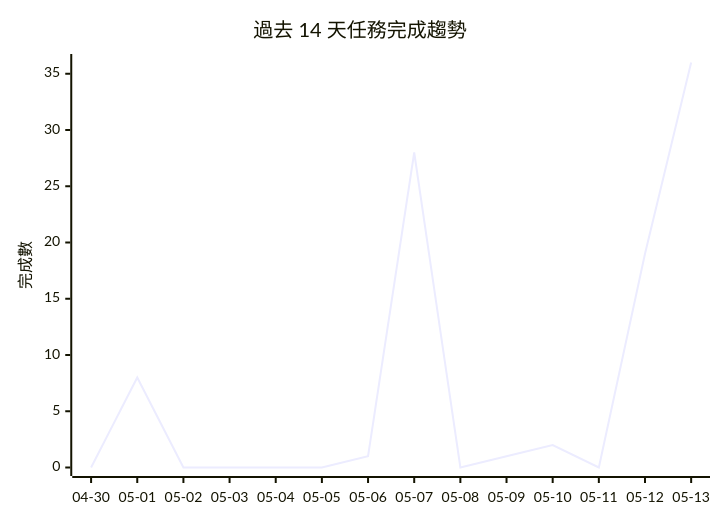
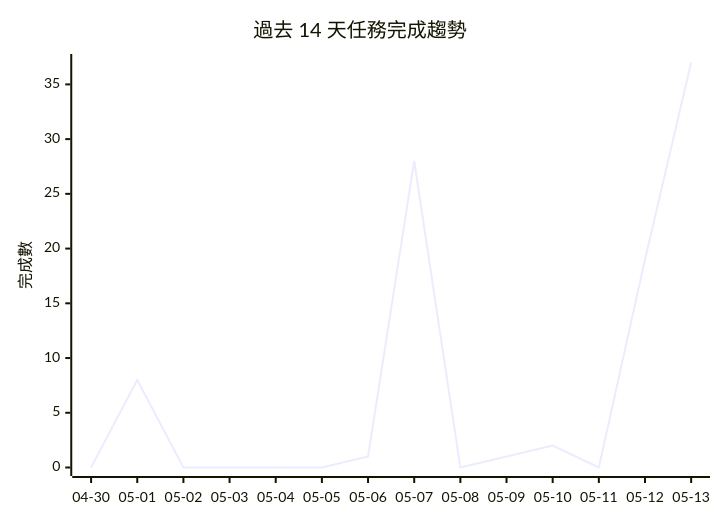
One commit to openclawchen8-lgtm/openclawchen8-lgtm changed the diagram in README.md. Above: the diagram before and after it, drawn with Mermaid. The commit also changed other lines of this file, not shown here.

````diff
--- a/README.md
+++ b/README.md
@@ -73,7 +79,7 @@
 ```mermaid
 xychart-beta
     title "過去 14 天任務完成趨勢"
     x-axis ["04-30", "05-01", "05-02", "05-03", "05-04", "05-05", "05-06", "05-07", "05-08", "05-09", "05-10", "05-11", "05-12", "05-13"]
-    y-axis "完成數" 0 --> 36
-    line [0, 8, 0, 0, 0, 0, 1, 28, 0, 1, 2, 0, 19, 36]
+    y-axis "完成數" 0 --> 37
+    line [0, 8, 0, 0, 0, 0, 1, 28, 0, 1, 2, 0, 19, 37]
 ```
````
